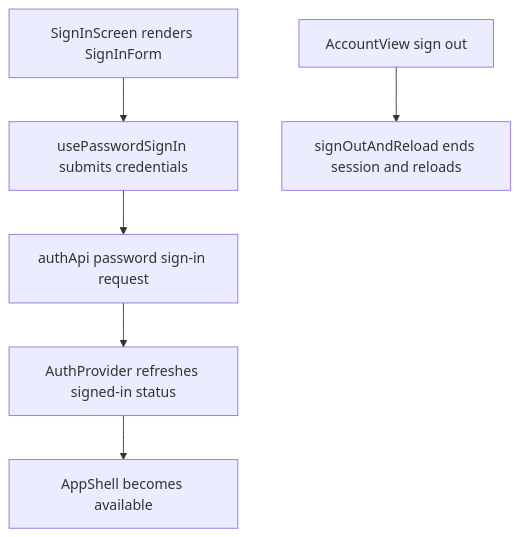
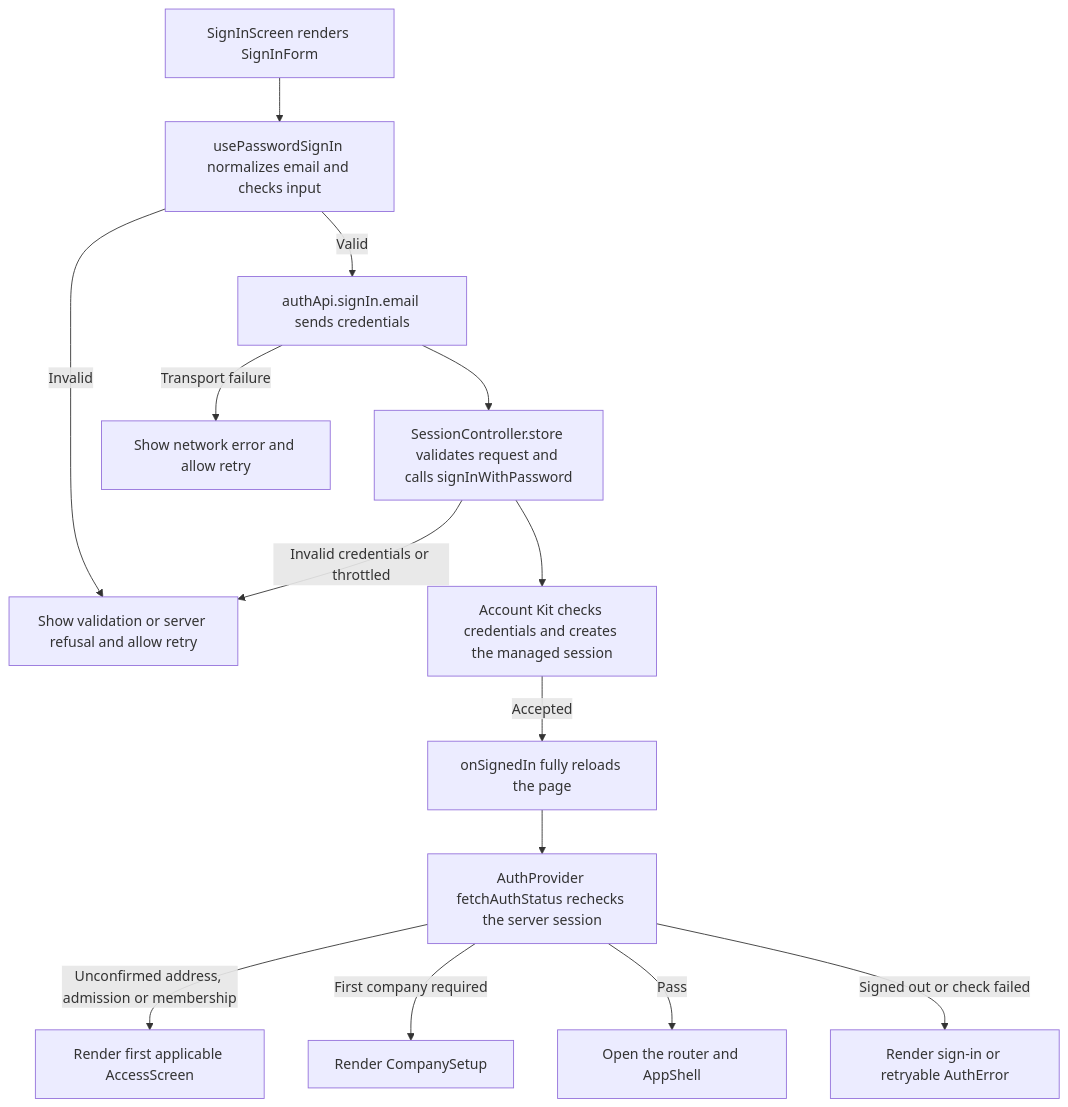
Before and after one commit to Kevinjohn/capacitylens: the second of 2 diagrams in user-stories/navigation/US-NAV-10-sign-in-screen.md, drawn with Mermaid. The commit also changed other lines of this file and 172 other files, not shown here.

Commit message:
docs: reconcile user story code flows with source

````diff
--- a/user-stories/navigation/US-NAV-10-sign-in-screen.md
+++ b/user-stories/navigation/US-NAV-10-sign-in-screen.md
@@ -37,8 +37,16 @@
 ```mermaid
 flowchart TD
-  screen["SignInScreen renders SignInForm"] --> hook["usePasswordSignIn submits credentials"]
-  hook --> auth["authApi password sign-in request"]
-  auth --> session["AuthProvider refreshes signed-in status"]
-  session --> app["AppShell becomes available"]
-  account["AccountView sign out"] --> signedOut["signOutAndReload ends session and reloads"]
+  entry["SignInScreen renders SignInForm"] --> validate["usePasswordSignIn normalizes email and checks input"]
+  validate -->|Invalid| refusal["Show validation or server refusal and allow retry"]
+  validate -->|Valid| api["authApi.signIn.email sends credentials"]
+  api --> controller["SessionController.store validates request and calls signInWithPassword"]
+  controller --> kit["Account Kit checks credentials and creates the managed session"]
+  controller -->|Invalid credentials or throttled| refusal
+  api -->|Transport failure| network["Show network error and allow retry"]
+  kit -->|Accepted| reload["onSignedIn fully reloads the page"]
+  reload --> status["AuthProvider fetchAuthStatus rechecks the server session"]
+  status -->|Unconfirmed address, admission or membership| limited["Render first applicable AccessScreen"]
+  status -->|First company required| setup["Render CompanySetup"]
+  status -->|Pass| app["Open the router and AppShell"]
+  status -->|Signed out or check failed| retry["Render sign-in or retryable AuthError"]
 ```
````
